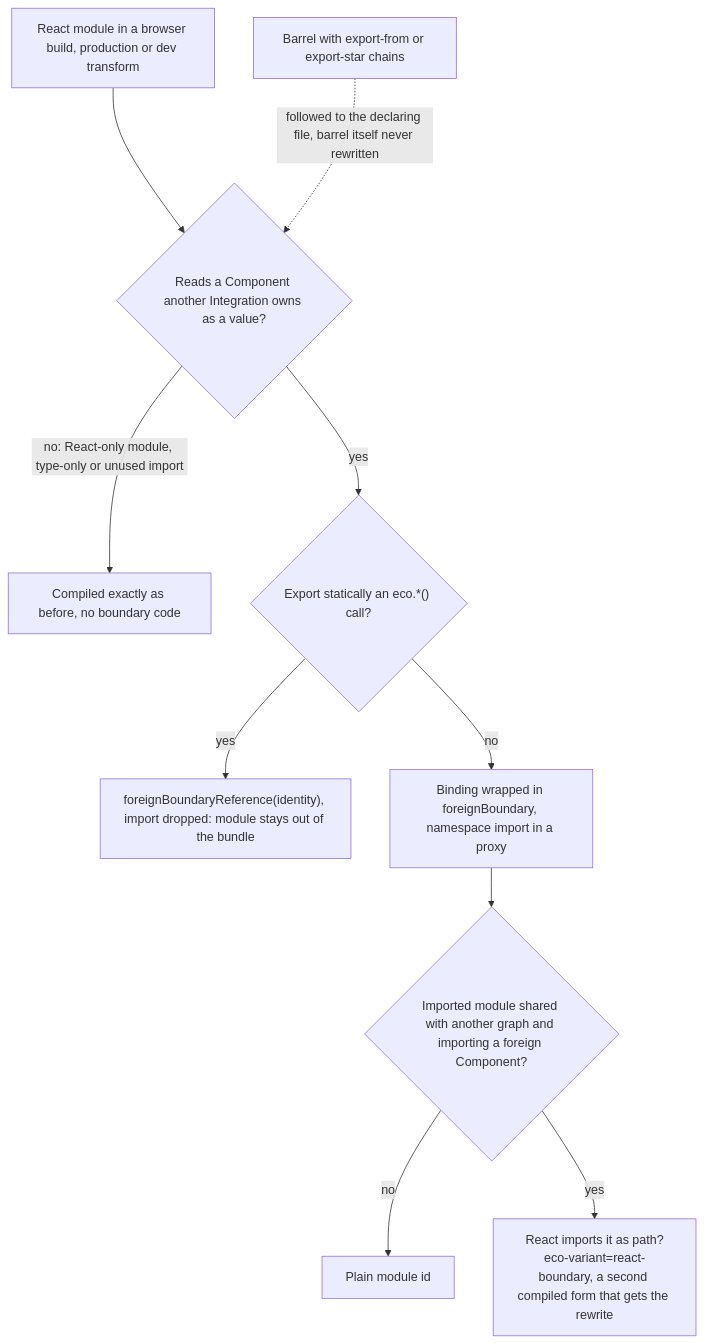
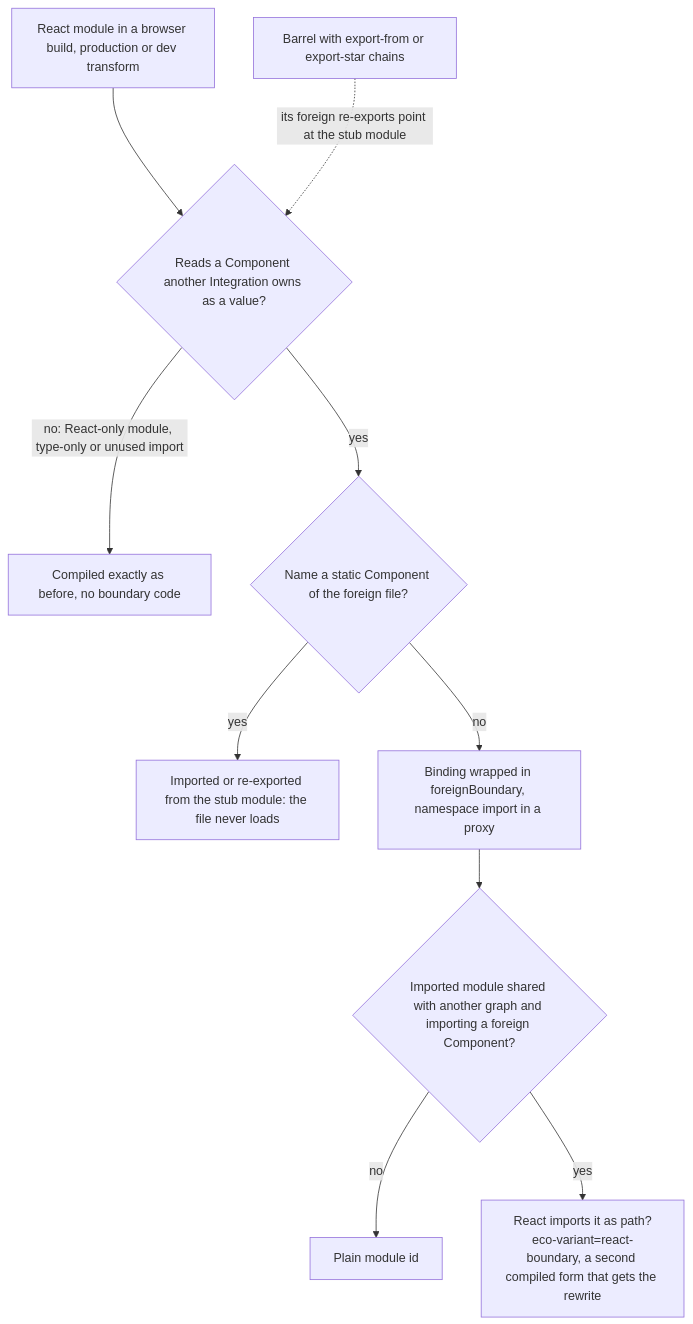
Before and after one commit to ecopages/ecopages: the third of 4 diagrams in apps/docs/src/content/dev/islands-hydration.mdx, drawn with Mermaid. The commit also changed other lines of this file and 13 other files, not shown here.

First line of the commit message:
refactor(react): load foreign Component files as stub modules in React's graph

````diff
--- a/apps/docs/src/content/dev/islands-hydration.mdx
+++ b/apps/docs/src/content/dev/islands-hydration.mdx
@@ -88,12 +87,12 @@
 ```mermaid
 flowchart TD
   M["React module in a browser build, production or dev transform"] --> F{"Reads a Component another Integration owns as a value?"}
-  BR["Barrel with export-from or export-star chains"] -. "followed to the declaring file, barrel itself never rewritten" .-> F
+  BR["Barrel with export-from or export-star chains"] -. "its foreign re-exports point at the stub module" .-> F
   F -- "no: React-only module, type-only or unused import" --> S["Compiled exactly as before, no boundary code"]
-  F -- "yes" --> N{"Export statically an eco.*() call?"}
-  N -- "yes" --> R["foreignBoundaryReference(identity), import dropped: module stays out of the bundle"]
+  F -- "yes" --> N{"Name a static Component of the foreign file?"}
+  N -- "yes" --> R["Imported or re-exported from the stub module: the file never loads"]
   N -- "no" --> W["Binding wrapped in foreignBoundary, namespace import in a proxy"]
   W --> V{"Imported module shared with another graph and importing a foreign Component?"}
   V -- "no" --> P["Plain module id"]
   V -- "yes" --> Q["React imports it as path?eco-variant=react-boundary, a second compiled form that gets the rewrite"]
 ```
````
